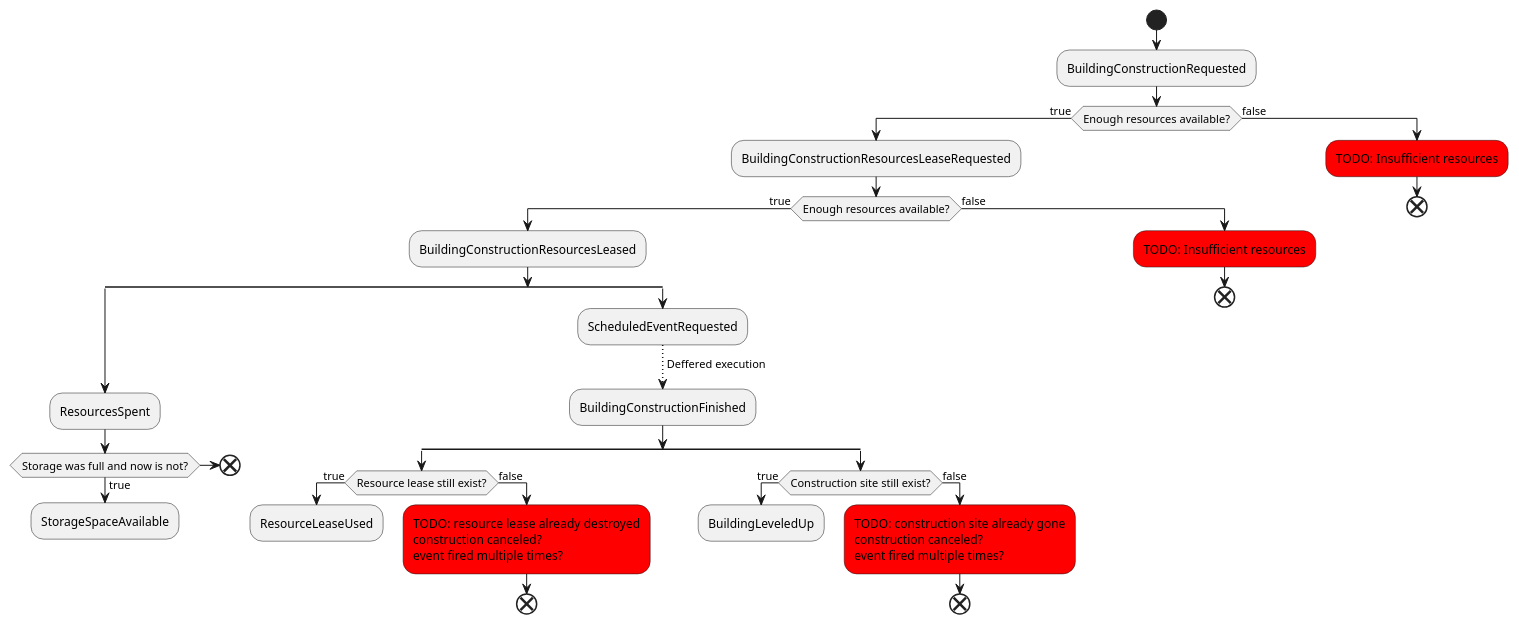
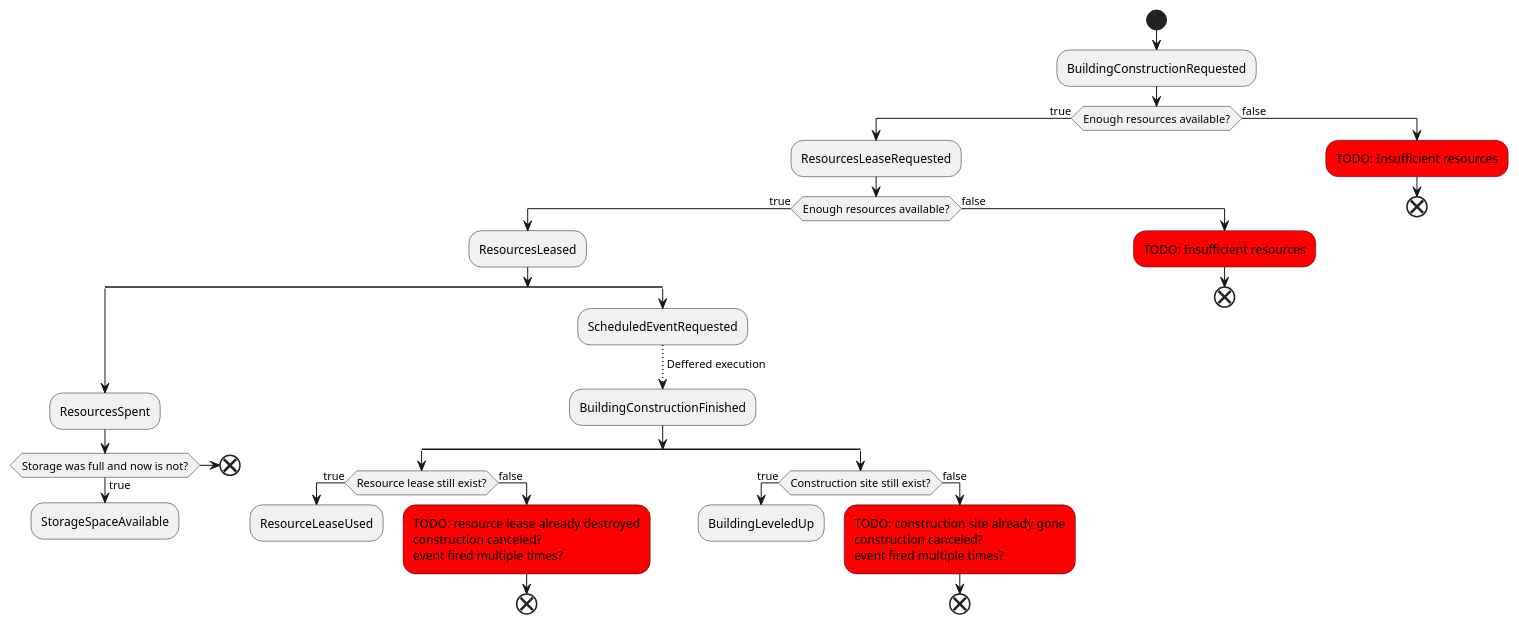
Before and after one commit to tomekbielaszewski/ogame-clone: the diagram in docs/building-construction-flow.puml, drawn with PlantUML. The commit also changed 1 other file, not shown here.

Commit message:
event names updated on building (de)construction graphs

```diff
--- a/docs/building-construction-flow.puml
+++ b/docs/building-construction-flow.puml
@@ -1,57 +1,57 @@
 @startuml
 
 start
 
 :BuildingConstructionRequested;
 
 if (Enough resources available?) then (true)
-    :BuildingConstructionResourcesLeaseRequested;
+    :ResourcesLeaseRequested;
     if (Enough resources available?) then (true)
-        :BuildingConstructionResourcesLeased;
+        :ResourcesLeased;
         split
             :ResourcesSpent;
             if(Storage was full and now is not?) then (true)
                 :StorageSpaceAvailable;
                 detach
             else
                 end
             endif
         split again
             :ScheduledEventRequested;
             -[dotted]-> Deffered execution;
             :BuildingConstructionFinished;
             split
                 if (Resource lease still exist?) then (true)
                     :ResourceLeaseUsed;
                     detach
                 else (false)
                     #red:TODO: resource lease already destroyed
                     construction canceled?
                     event fired multiple times?;
                     end
                 endif
             split again
                 if (Construction site still exist?) then (true)
                     :BuildingLeveledUp;
                     detach
                 else (false)
                     #red:TODO: construction site already gone
                     construction canceled?
                     event fired multiple times?;
                     end
                 endif
             end split
         end split
     else (false)
         #red:TODO: Insufficient resources;
         end
     endif
 else (false)
     #red:TODO: Insufficient resources;
     end
 endif
 
 
 
 
 @enduml
```
